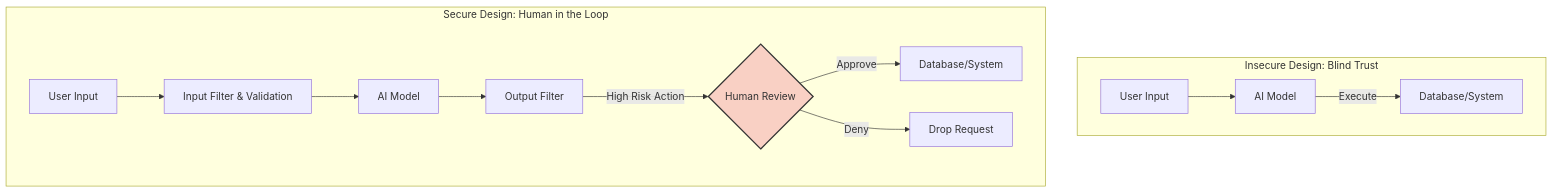
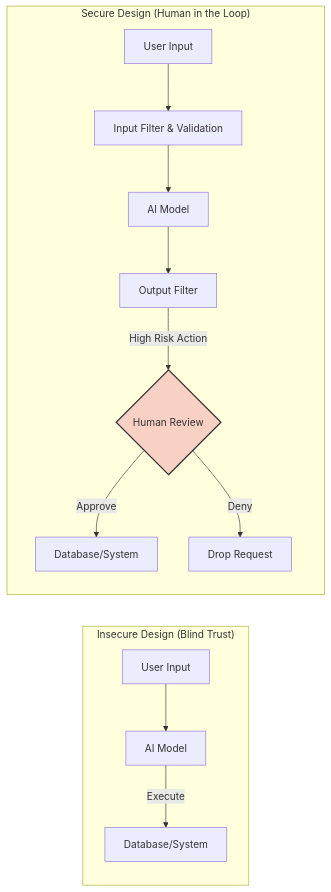
One commit to Dimm377/CyberSec-Learning-Notes changed the second of 2 diagrams in THM-Notes/Cyber-Security-101/OWASP-Top-10-(2025)/OWASP-Top-10-2025-Application-Design-Flaws.md. Above: the diagram before and after it, drawn with Mermaid. The commit also changed other lines of this file, not shown here.

Commit message:
Owasp Top 10 2025

````diff
--- a/THM-Notes/Cyber-Security-101/OWASP-Top-10-(2025)/OWASP-Top-10-2025-Application-Design-Flaws.md
+++ b/THM-Notes/Cyber-Security-101/OWASP-Top-10-(2025)/OWASP-Top-10-2025-Application-Design-Flaws.md
@@ -242,18 +242,18 @@
 ```mermaid
-graph TD
-    subgraph Insecure [Insecure Design: Blind Trust]
+graph LR
+    subgraph Insecure ["Insecure Design (Blind Trust)"]
         A1[User Input] --> B1[AI Model]
         B1 -- Execute --> C1[Database/System]
     end
 
-    subgraph Secure [Secure Design: Human in the Loop]
+    subgraph Secure ["Secure Design (Human in the Loop)"]
         A2[User Input] --> B2[Input Filter & Validation]
         B2 --> C2[AI Model]
         C2 --> D2[Output Filter]
         D2 -- High Risk Action --> E2{Human Review}
         E2 -- Approve --> F2[Database/System]
         E2 -- Deny --> G2[Drop Request]
         
         style E2 fill:#f9d0c4,stroke:#333,stroke-width:2px
     end
 ```
````
